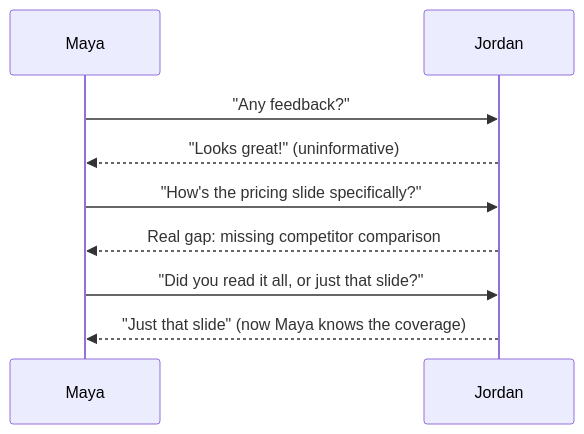
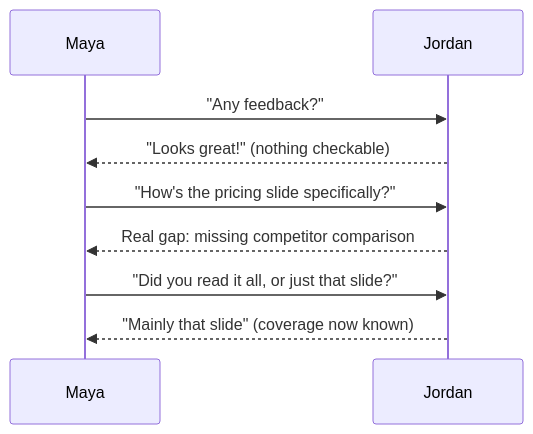
One commit to francoandreDev/knowledge changed the first of 2 diagrams in src/content/career-craft/asking-feedback/L3-deep-dive.mdx. Above: the diagram before and after it, drawn with Mermaid. The commit also changed other lines of this file and 3 other files, not shown here.

````diff
--- a/src/content/career-craft/asking-feedback/L3-deep-dive.mdx
+++ b/src/content/career-craft/asking-feedback/L3-deep-dive.mdx
@@ -103,11 +105,11 @@
 ```mermaid
 sequenceDiagram
     participant Maya
     participant Jordan
     Maya->>Jordan: "Any feedback?"
-    Jordan-->>Maya: "Looks great!" (uninformative)
+    Jordan-->>Maya: "Looks great!" (nothing checkable)
     Maya->>Jordan: "How's the pricing slide specifically?"
     Jordan-->>Maya: Real gap: missing competitor comparison
     Maya->>Jordan: "Did you read it all, or just that slide?"
-    Jordan-->>Maya: "Just that slide" (now Maya knows the coverage)
+    Jordan-->>Maya: "Mainly that slide" (coverage now known)
 ```
````
